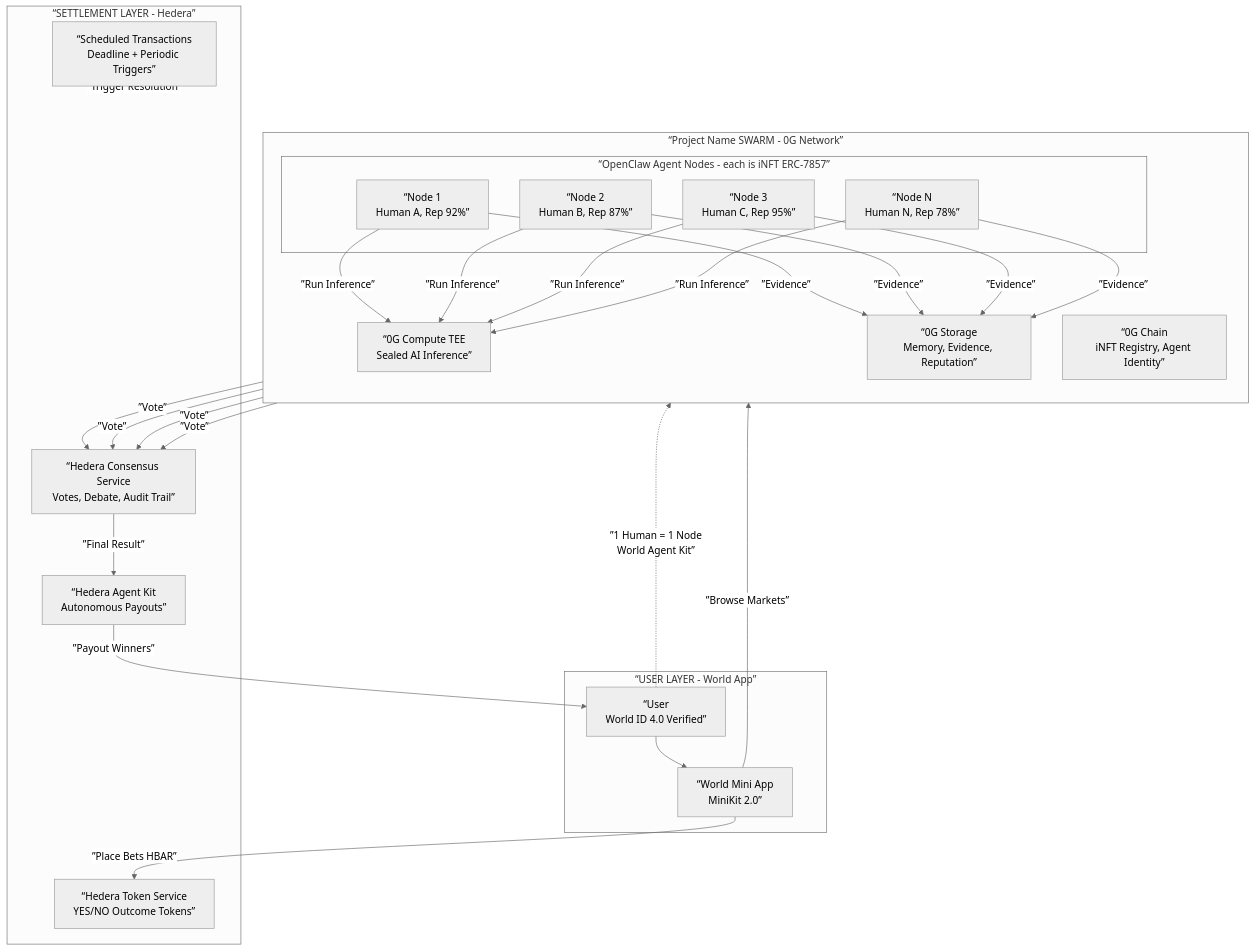
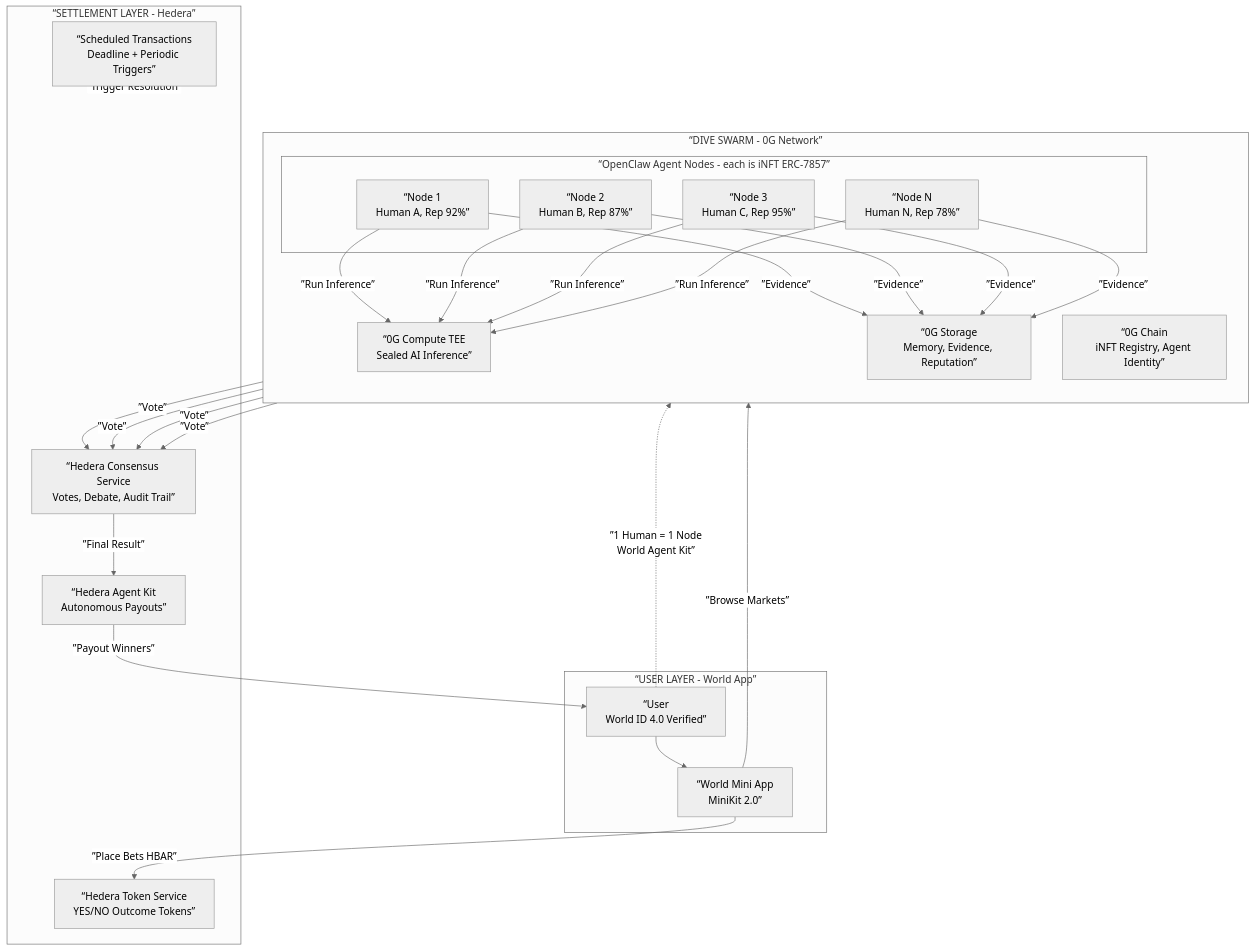
Before and after one commit to derek2403/cannes2026: the first of 8 diagrams in README.md, drawn with Mermaid (neutral theme). The commit also changed other lines of this file, not shown here.

Commit message:
Added project name

````diff
--- a/README.md
+++ b/README.md
@@ -253,49 +253,49 @@
 ```mermaid
 graph TB
     subgraph USER[“USER LAYER - World App”]
         U[“User<br/>World ID 4.0 Verified”]
         WA[“World Mini App<br/>MiniKit 2.0”]
         U --> WA
     end
 
-    subgraph SWARM[“Project Name SWARM - 0G Network”]
+    subgraph SWARM[“DIVE SWARM - 0G Network”]
         direction TB
         subgraph AGENTS[“OpenClaw Agent Nodes - each is iNFT ERC-7857”]
             N1[“Node 1<br/>Human A, Rep 92%”]
             N2[“Node 2<br/>Human B, Rep 87%”]
             N3[“Node 3<br/>Human C, Rep 95%”]
             NN[“Node N<br/>Human N, Rep 78%”]
         end
         OGC[“0G Compute TEE<br/>Sealed AI Inference”]
         OGS[“0G Storage<br/>Memory, Evidence, Reputation”]
         OGX[“0G Chain<br/>iNFT Registry, Agent Identity”]
     end
 
     subgraph HEDERA[“SETTLEMENT LAYER - Hedera”]
         HTS[“Hedera Token Service<br/>YES/NO Outcome Tokens”]
         HCS[“Hedera Consensus Service<br/>Votes, Debate, Audit Trail”]
         HAK[“Hedera Agent Kit<br/>Autonomous Payouts”]
         HST[“Scheduled Transactions<br/>Deadline + Periodic Triggers”]
     end
 
     WA -->|”Place Bets HBAR”| HTS
     WA -->|”Browse Markets”| OGS
     U -.->|”1 Human = 1 Node<br/>World Agent Kit”| AGENTS
 
     N1 -->|”Run Inference”| OGC
     N2 -->|”Run Inference”| OGC
     N3 -->|”Run Inference”| OGC
     NN -->|”Run Inference”| OGC
     N1 -->|”Evidence”| OGS
     N2 -->|”Evidence”| OGS
     N3 -->|”Evidence”| OGS
     NN -->|”Evidence”| OGS
     N1 -->|”Vote”| HCS
     N2 -->|”Vote”| HCS
     N3 -->|”Vote”| HCS
     NN -->|”Vote”| HCS
 
     HST -->|”Trigger Resolution”| AGENTS
     HCS -->|”Final Result”| HAK
     HAK -->|”Payout Winners”| U
 ```
````
